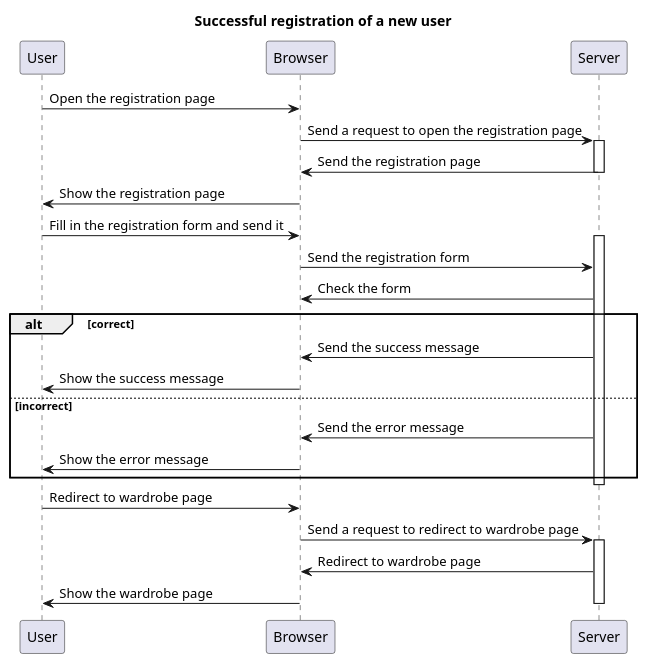
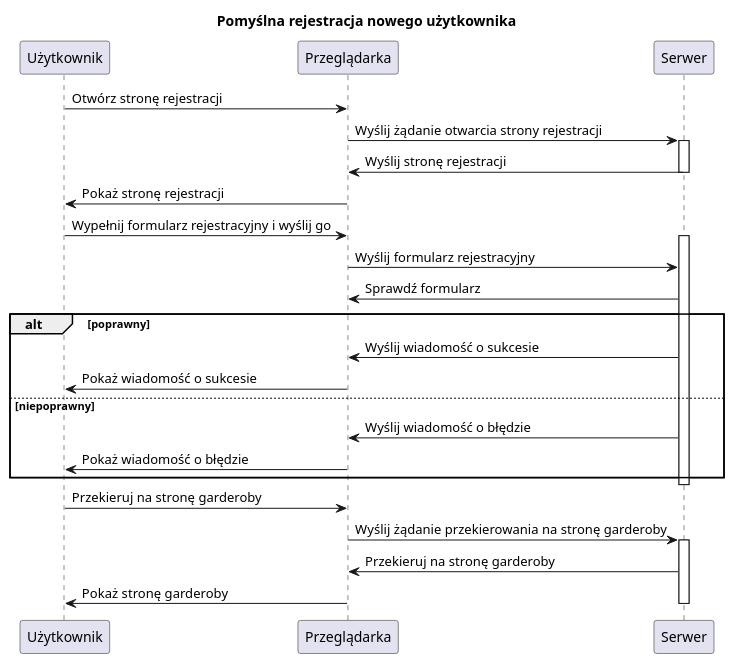
One commit to aniaxb/Froom changed the diagram in diagrams/RegisterSequenceDiagram.puml. Above: the diagram before and after it, drawn with PlantUML. The commit also changed 1 other file, not shown here.

Commit message:
Translated sequence diagram from ENG to PL and fixed DataAnalysisClassDiagram

```diff
--- a/diagrams/RegisterSequenceDiagram.puml
+++ b/diagrams/RegisterSequenceDiagram.puml
@@ -1,36 +1,34 @@
 @startuml
 
-title "Successful registration of a new user"
+title "Pomyślna rejestracja nowego użytkownika"
 
-participant "User" as User
-participant "Browser" as Browser
-participant "Server" as Server
+participant "Użytkownik" as User
+participant "Przeglądarka" as Browser
+participant "Serwer" as Server
 
-User -> Browser: Open the registration page
-Browser -> Server: Send a request to open the registration page
+User -> Browser: Otwórz stronę rejestracji
+Browser -> Server: Wyślij żądanie otwarcia strony rejestracji
 activate Server
-Server -> Browser: Send the registration page
+Server -> Browser: Wyślij stronę rejestracji
 deactivate Server
-Browser -> User: Show the registration page
-User -> Browser: Fill in the registration form and send it
+Browser -> User: Pokaż stronę rejestracji
+User -> Browser: Wypełnij formularz rejestracyjny i wyślij go
 activate Server
-Browser -> Server: Send the registration form
-Server -> Browser: Check the form
-alt correct
-    Server -> Browser: Send the success message
-    Browser -> User: Show the success message
-else incorrect
-    Server -> Browser: Send the error message
-    Browser -> User: Show the error message
+Browser -> Server: Wyślij formularz rejestracyjny
+Server -> Browser: Sprawdź formularz
+alt poprawny
+    Server -> Browser: Wyślij wiadomość o sukcesie
+    Browser -> User: Pokaż wiadomość o sukcesie
+else niepoprawny
+    Server -> Browser: Wyślij wiadomość o błędzie
+    Browser -> User: Pokaż wiadomość o błędzie
 end
-'Server -> Browser: Registration successful
-'Browser -> User: Show the success message
 deactivate Server
-User -> Browser: Redirect to wardrobe page
-Browser -> Server: Send a request to redirect to wardrobe page
+User -> Browser: Przekieruj na stronę garderoby
+Browser -> Server: Wyślij żądanie przekierowania na stronę garderoby
 activate Server
-Server -> Browser: Redirect to wardrobe page
-Browser -> User: Show the wardrobe page
+Server -> Browser: Przekieruj na stronę garderoby
+Browser -> User: Pokaż stronę garderoby
 deactivate Server
 
 @enduml
```
